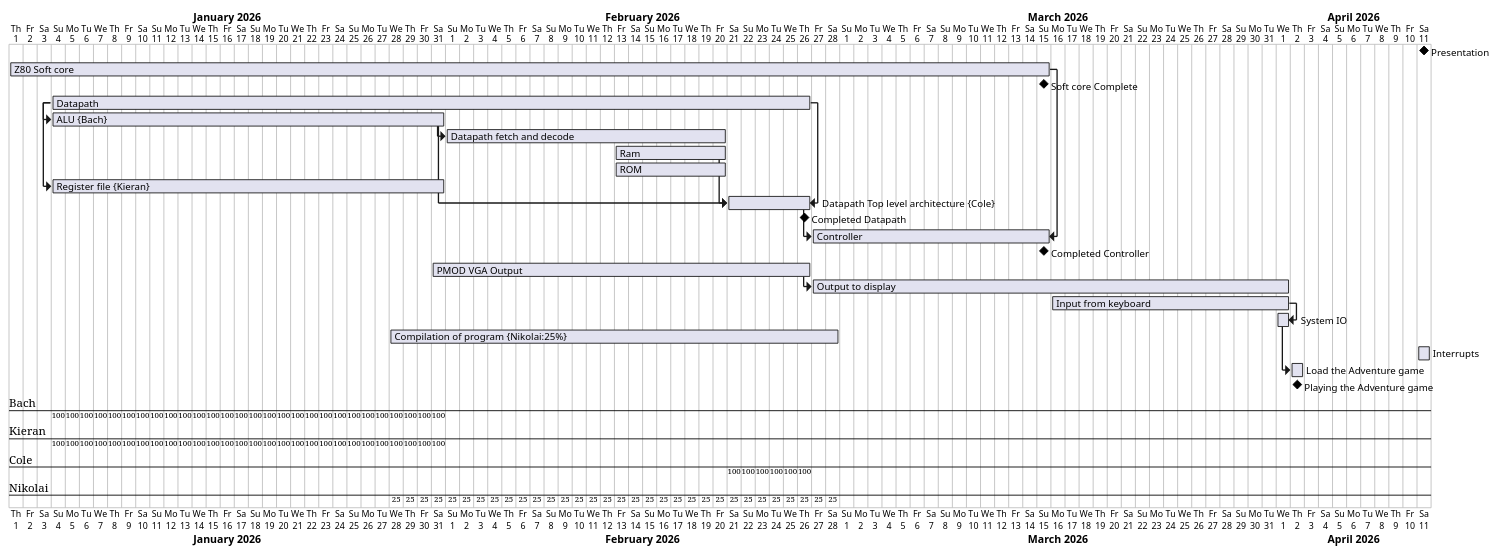
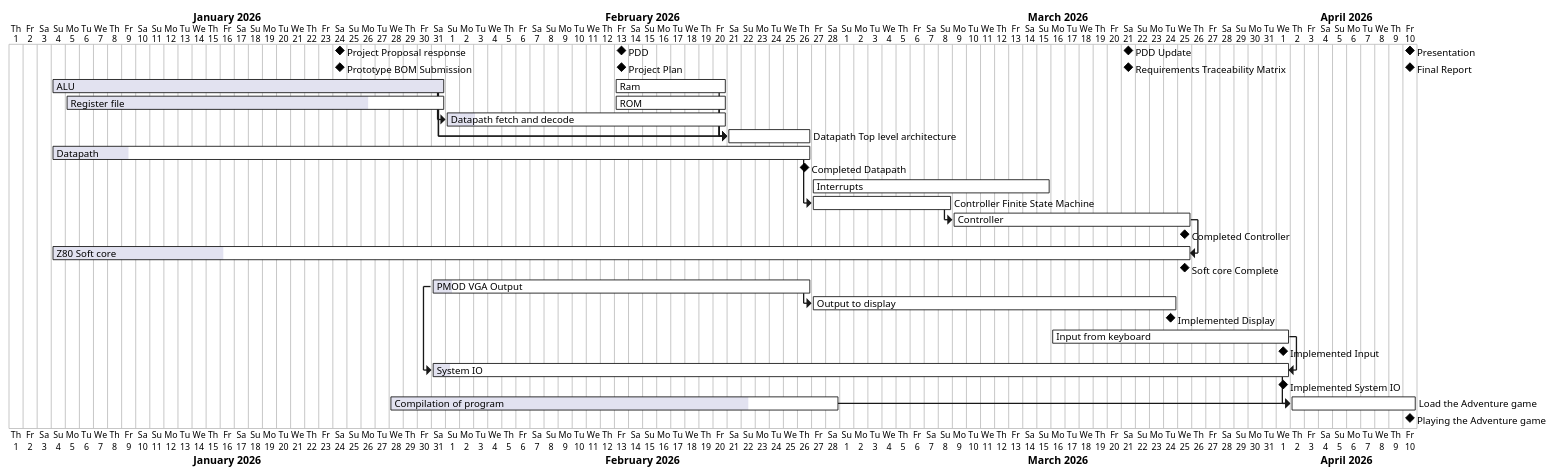
One commit to waridh/capstone-diagrams changed the diagram in src/gantt-chart.puml. Above: the diagram before and after it, drawn with PlantUML.

Commit message:
major update to the gantt chart

```diff
--- a/src/gantt-chart.puml
+++ b/src/gantt-chart.puml
@@ -1,29 +1,55 @@
 @startgantt
+hide resources name
+hide resources footbox
 Project starts 2026-01-01
-[Presentation] happens at 2026-04-11
-[Z80 Soft core] starts D+0 and ends 2026-03-15
+[Project Proposal response] happens at 2026-01-24
+[Prototype BOM Submission] happens at 2026-01-24
+[PDD] happens at 2026-02-13
+[Project Plan] happens at 2026-02-13
+[PDD Update] happens at 2026-03-21
+[Requirements Traceability Matrix] happens at 2026-03-21
+[Presentation] happens at 2026-04-10
+[Final Report] happens at 2026-04-10
+[PDD] displays on same row as [Project Proposal response]
+[Project Plan] displays on same row as [Prototype BOM Submission]
+[PDD Update] displays on same row as [Project Proposal response]
+[Requirements Traceability Matrix] displays on same row as [Prototype BOM Submission]
+[Presentation] displays on same row as [Project Proposal response]
+[Final Report] displays on same row as [Prototype BOM Submission]
+[ALU] on {Bach} starts at D+3 and ends 2026-01-31 and is 100% complete
+[Register file] on {Kieran} starts at 2026-01-05 and ends 2026-01-31 and is 80% complete
+[Datapath fetch and decode] starts at [ALU]'s end and ends 2026-02-20 and is 10% complete
+[Ram] starts at 2026-02-13 and ends at 2026-02-20 and is 0% complete
+[ROM] starts at 2026-02-13 and ends at 2026-02-20 and is 0% complete
+[Datapath Top level architecture] on {Cole} ends at 2026-02-26 and is 0% complete
+[Datapath] starts D+3 and ends at 2026-02-26 and is 10% complete
+[Completed Datapath] happens at [Datapath]'s end
+[Interrupts] ends 2026-03-15 and starts at 2026-02-27 and is 0% complete
+[Controller Finite State Machine] starts at [Datapath]'s end and ends 2026-03-8 and is 0% complete
+[Controller] ends at 2026-03-25 and is 0% complete
+[Completed Controller] happens at [Controller]'s end
+[Z80 Soft core] starts D+3 and ends at [Controller]'s end and is 15% complete
 [Soft core Complete] happens at [Z80 Soft core]'s end
-[Datapath] starts D+3 and ends at 2026-02-26
-[ALU] on {Bach} starts at [Datapath]'s start and ends 2026-01-31
-[Datapath fetch and decode] starts at [ALU]'s end and ends 2026-02-20
-[Ram] starts at 2026-02-13 and ends at 2026-02-20
-[ROM] starts at 2026-02-13 and ends at 2026-02-20
-[Register file] on {Kieran} starts at [Datapath]'s start and ends 2026-01-31
-[Datapath Top level architecture] on {Cole} ends at [Datapath]'s end
-[Completed Datapath] happens at [Datapath]'s end
-[Controller] ends at [Z80 Soft core]'s end
-[Completed Controller] happens at [Controller]'s end
-[Datapath Top level architecture] -> [Controller]
+[Controller Finite State Machine] -> [Controller]
 [Ram] -> [Datapath Top level architecture]
+[ROM] -> [Datapath Top level architecture]
 [ALU] -> [Datapath Top level architecture]
+[Register file] -> [Datapath Top level architecture]
+[Datapath fetch and decode] -> [Datapath Top level architecture]
+[Ram] displays on same row as [ALU]
+[ROM] displays on same row as [Register file]
 
-[PMOD VGA Output] ends at 2026-02-26 and starts at 2026-01-31
+[PMOD VGA Output] ends at 2026-02-26 and starts at 2026-01-31 and is 5% complete
 [PMOD VGA Output] -> [Output to display]
-[Input from keyboard] ends at 2026-04-01 and starts at 2026-03-16
-[Output to display] ends at 2026-04-01
-[System IO] ends at [Input from keyboard]'s end
-[Compilation of program] on {Nikolai:25} starts at 2026-01-28 and ends at 2026-02-28
-[Interrupts] ends 2026-04-11
-[Load the Adventure game] starts at [System IO]'s end
+[Output to display] ends at 2026-03-24 and is 0% complete
+[Implemented Display] happens at [Output to display]'s end
+[Input from keyboard] ends at 2026-04-01 and starts at 2026-03-16 and is 0% complete
+[Implemented Input] happens at [Input from keyboard]'s end
+[System IO] ends at [Input from keyboard]'s end and starts at [PMOD VGA Output]'s start and is 2% complete
+[Implemented System IO] happens at [System IO]'s end
+[Compilation of program] on {Nikolai:25} starts at 2026-01-28 and ends at 2026-02-28 and is 80% complete
+[Load the Adventure game] starts at [System IO]'s end and ends at 2026-04-10
 [Playing the Adventure game] happens at [Load the Adventure game]'s end
+[Compilation of program] -> [Load the Adventure game]
+[Load the Adventure game] displays on same row as [Compilation of program] and is 0% complete
 @endgantt
```
